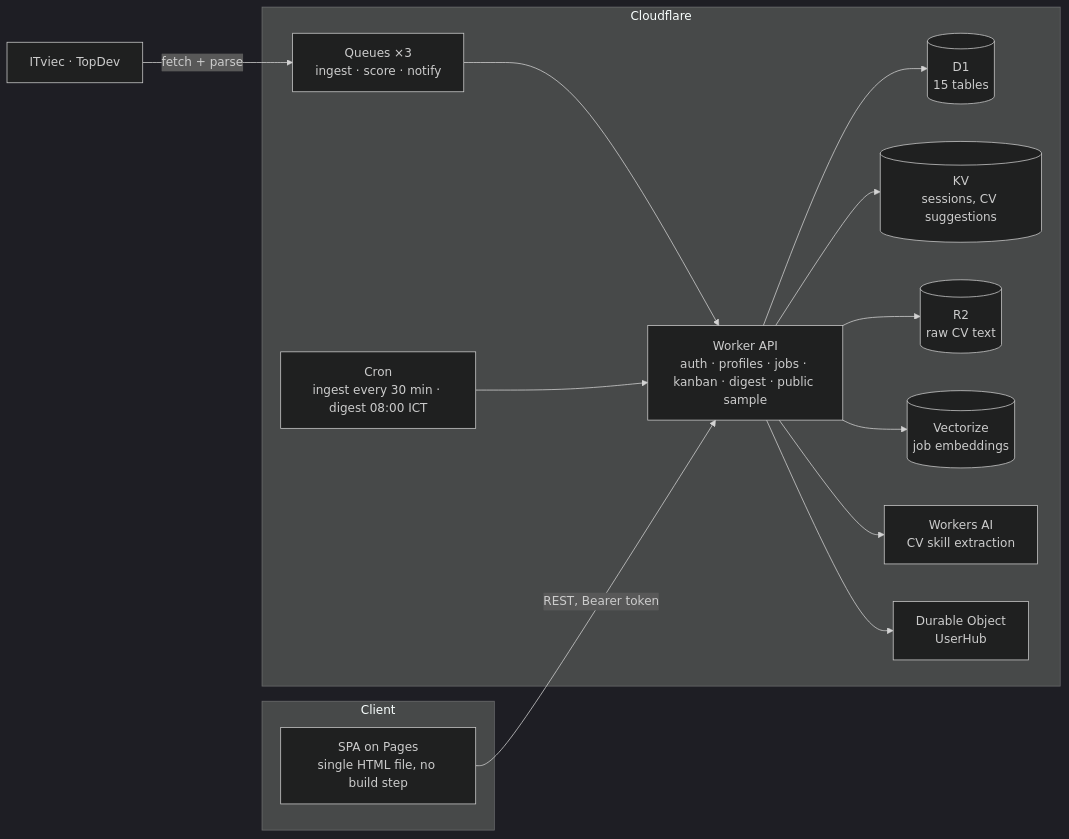
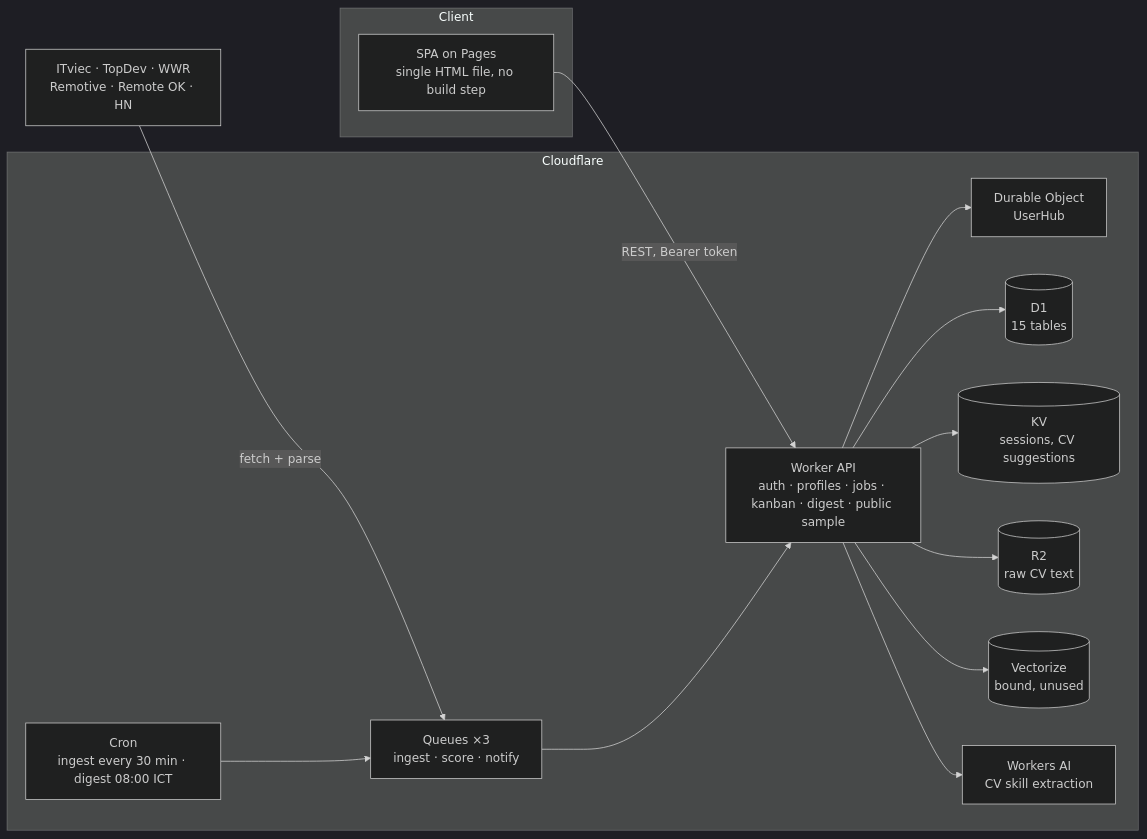
Before and after one commit to TriSBie/jobpilot-edge: the diagram in README.md, drawn with Mermaid (dark theme). The commit also changed other lines of this file and 1 other file, not shown here.

First line of the commit message:
docs(readme): add MVP status, list all six job sources, correct unused-feature claims

````diff
--- a/README.md
+++ b/README.md
@@ -62,22 +76,22 @@
 ```mermaid
 flowchart LR
     subgraph Client
         SPA["SPA on Pages<br/>single HTML file, no build step"]
     end
     subgraph Edge["Cloudflare"]
         API["Worker API<br/>auth · profiles · jobs · kanban · digest · public sample"]
         Q["Queues ×3<br/>ingest · score · notify"]
         CRON["Cron<br/>ingest every 30 min · digest 08:00 ICT"]
         DO["Durable Object<br/>UserHub"]
         D1[("D1<br/>15 tables")]
         KV[("KV<br/>sessions, CV suggestions")]
         R2[("R2<br/>raw CV text")]
-        VEC[("Vectorize<br/>job embeddings")]
+        VEC[("Vectorize<br/>bound, unused")]
         AI["Workers AI<br/>CV skill extraction"]
     end
-    SRC["ITviec · TopDev"] -->|fetch + parse| Q
-    CRON --> API
+    SRC["ITviec · TopDev · WWR<br/>Remotive · Remote OK · HN"] -->|fetch + parse| Q
+    CRON --> Q
     SPA -->|REST, Bearer token| API
     API --> D1 & KV & R2 & VEC & AI & DO
     Q --> API
 ```
````
